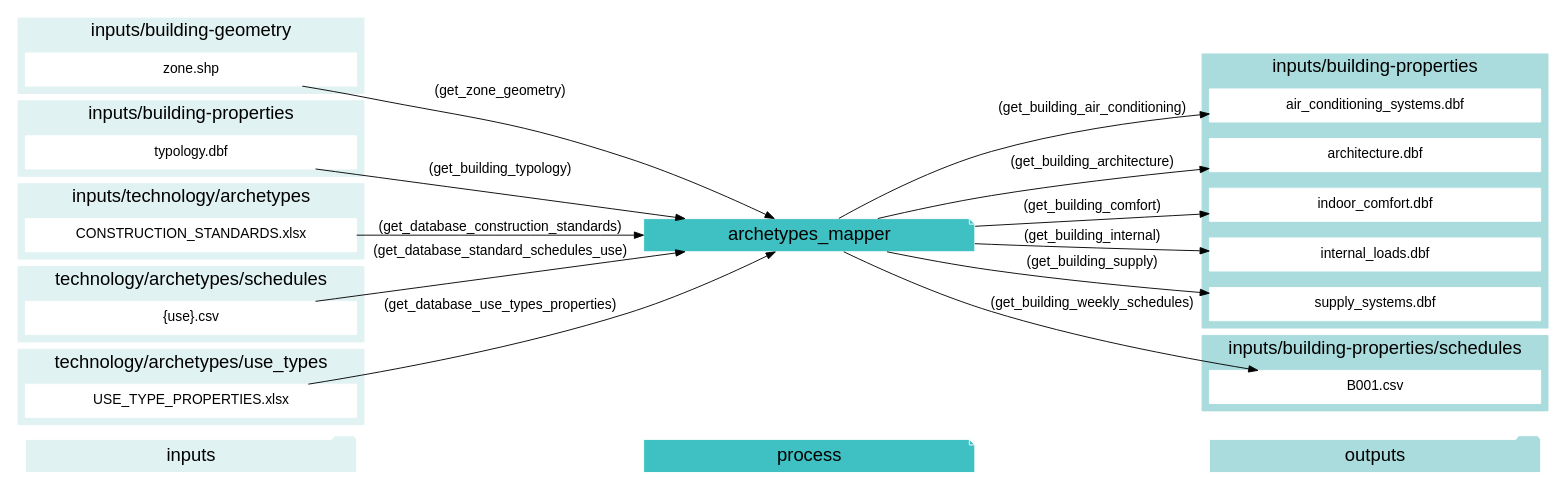
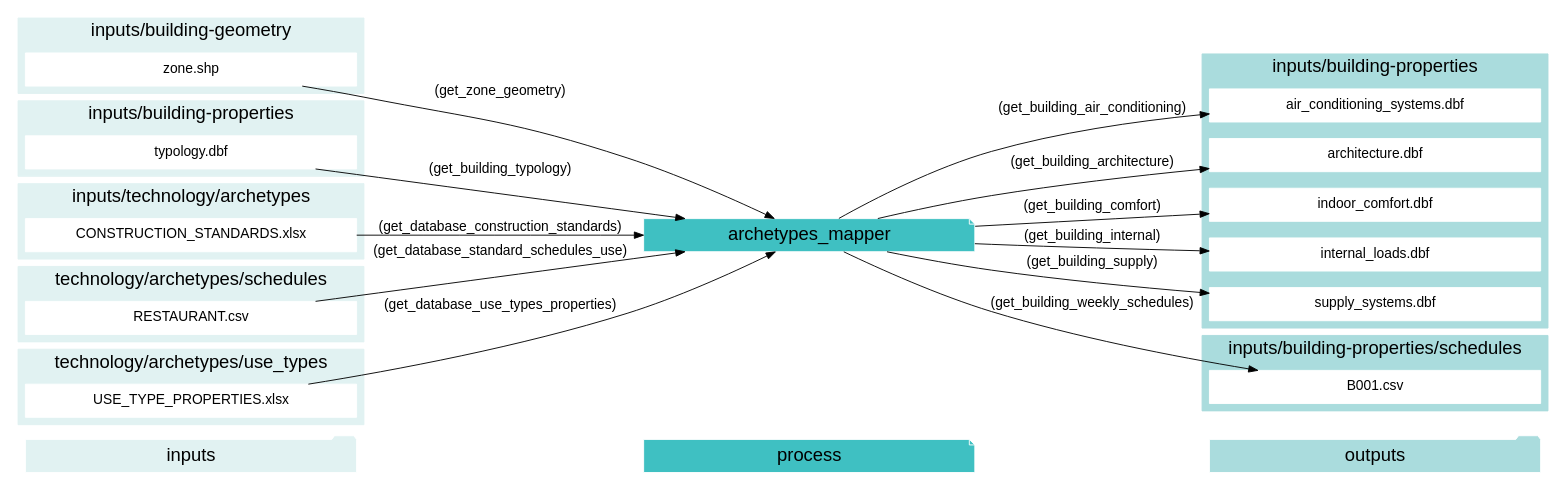
The sixth of 22 diagrams in docs/script-data-flow.rst (architecture-building-systems/CityEnergyAnalyst), drawn with Graphviz before and after one commit. The commit also changed other lines of this file and 4 other files, not shown here.

Commit message:
cea-doc graphviz

```diff
--- a/docs/script-data-flow.rst
+++ b/docs/script-data-flow.rst
@@ -405,7 +405,7 @@
         fontsize = 20;
         rank=same;
         label="technology/archetypes/schedules";
-        get_database_standard_schedules_use[label="{use}.csv"];
+        get_database_standard_schedules_use[label="RESTAURANT.csv"];
     }
     subgraph cluster_5_in {
         style = filled;
```
